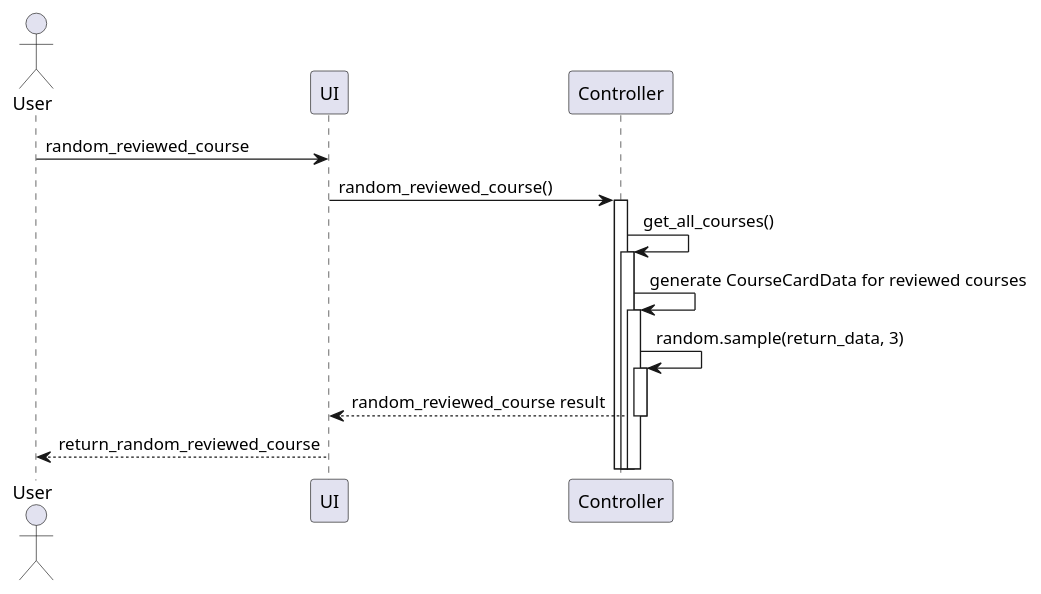
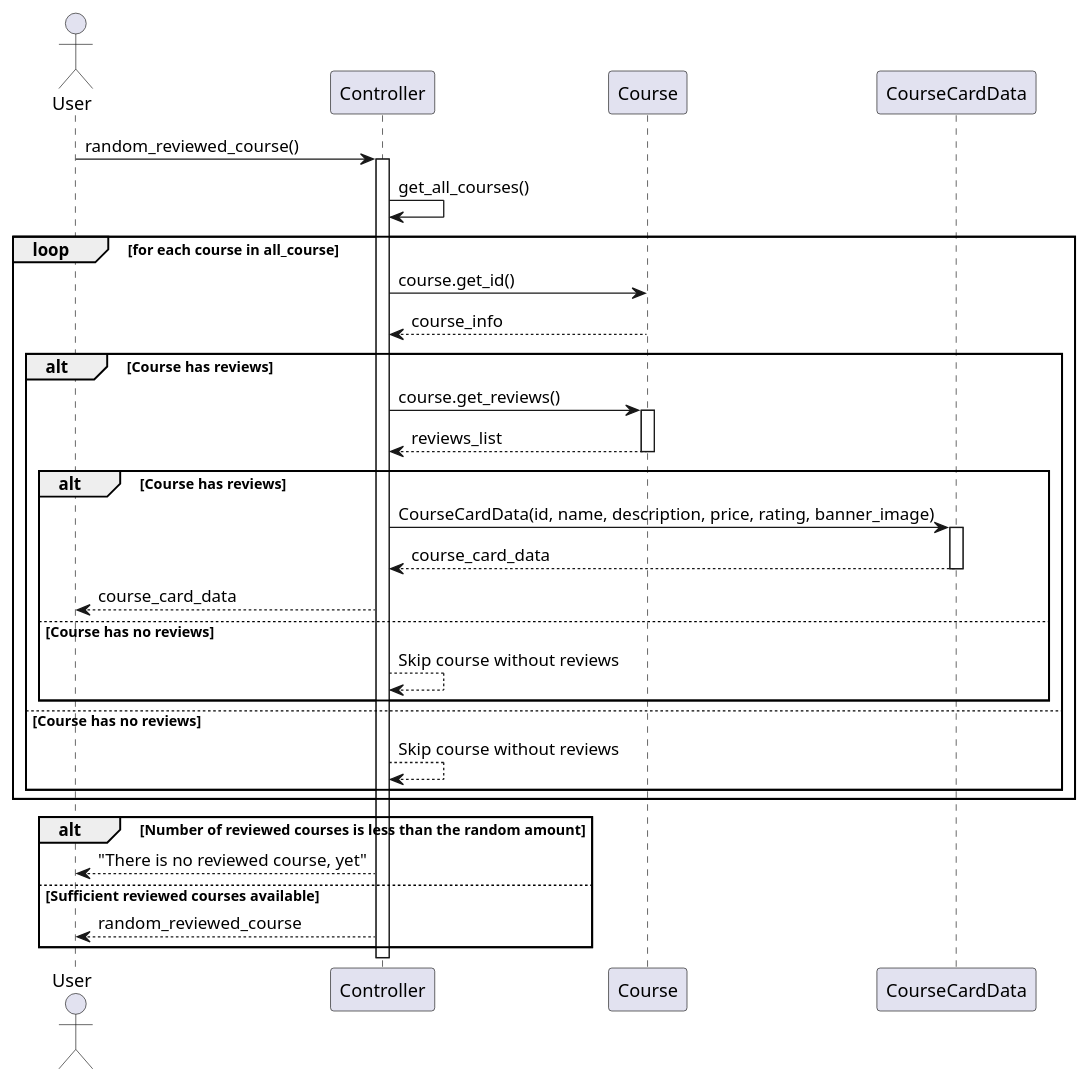
Before and after one commit to KMITLSuicide/KMITL-ObjectOrientedProgramming-Project: the diagram in diagrams/plantuml/home_page(random_review) .puml, drawn with PlantUML. The commit also changed 16 other files, not shown here.

```diff
--- a/diagrams/plantuml/home_page(random_review) .puml
+++ b/diagrams/plantuml/home_page(random_review) .puml
@@ -1,23 +1,45 @@
-@startuml Home Page
+@startuml
+
 actor User
-
-participant "UI" as Server
 participant Controller
+participant Course
 
 
-User -> Server: random_reviewed_course
-Server -> Controller: random_reviewed_course()
+User -> Controller: random_reviewed_course()
 activate Controller
+
 Controller -> Controller: get_all_courses()
-activate Controller
-Controller -> Controller: generate CourseCardData for reviewed courses
-activate Controller
-Controller -> Controller: random.sample(return_data, 3)
-activate Controller
-Controller --> Server: random_reviewed_course result
-deactivate Controller
 
-Server --> User: return_random_reviewed_course
+loop for each course in all_course
+    Controller -> Course: course.get_id()
+    Course --> Controller: course_info
+    deactivate Course
 
+    alt Course has reviews
+        Controller -> Course: course.get_reviews()
+        activate Course
+        Course --> Controller: reviews_list
+        deactivate Course
+
+        alt Course has reviews
+            Controller -> CourseCardData: CourseCardData(id, name, description, price, rating, banner_image)
+            activate CourseCardData
+            CourseCardData --> Controller: course_card_data
+            deactivate CourseCardData
+
+            Controller --> User: course_card_data
+        else Course has no reviews
+            Controller --> Controller: Skip course without reviews
+        end
+    else Course has no reviews
+        Controller --> Controller: Skip course without reviews
+    end
+end
+
+alt Number of reviewed courses is less than the random amount
+    Controller --> User: "There is no reviewed course, yet"
+else Sufficient reviewed courses available
+    Controller --> User: random_reviewed_course
+end
 
 @enduml
```
